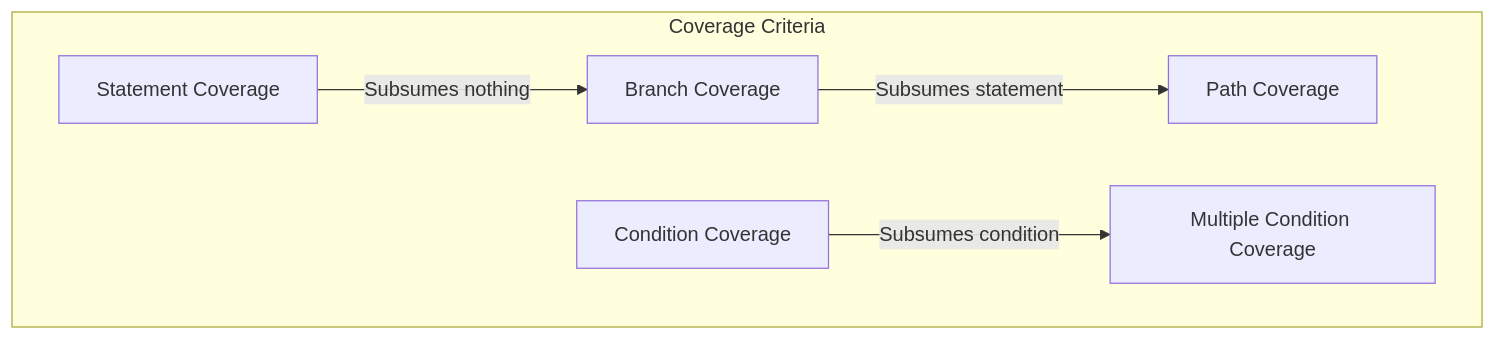
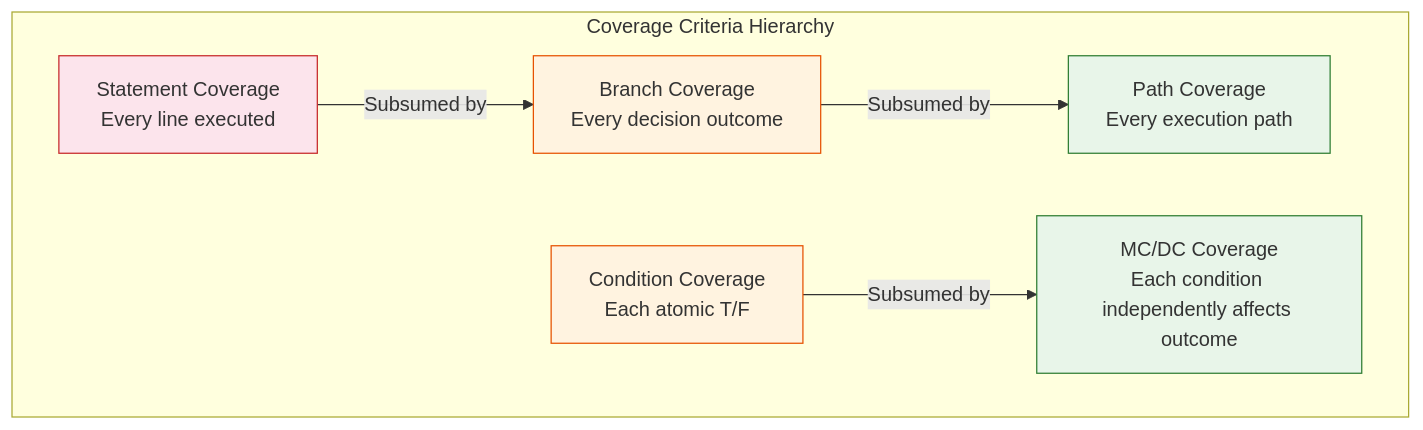
The fourth of 7 diagrams in docs/courses/software-engineering/06-testing.md (Raushan666java/ai-engineering-journey), drawn with Mermaid before and after one commit. The commit also changed other lines of this file and 15 other files, not shown here.

Commit message:
deploy: software-engineering overhaul - 16 chapters expanded to avg 1284L (+7649L), richer Mermaid, more TS, deeper content

````diff
--- a/docs/courses/software-engineering/06-testing.md
+++ b/docs/courses/software-engineering/06-testing.md
@@ -89,8 +117,12 @@
 ```mermaid
 graph TD
-    subgraph "Coverage Criteria"
-        SC[Statement Coverage] -->|Subsumes nothing| BC[Branch Coverage]
-        BC -->|Subsumes statement| PC[Path Coverage]
-        CC[Condition Coverage] -->|Subsumes condition| MCC[Multiple Condition Coverage]
+    classDef weak fill:#fce4ec,stroke:#c62828
+    classDef mod fill:#fff3e0,stroke:#e65100
+    classDef strong fill:#e8f5e9,stroke:#2e7d32
+
+    subgraph "Coverage Criteria Hierarchy"
+        SC[Statement Coverage<br>Every line executed]:::weak -->|Subsumed by| BC[Branch Coverage<br>Every decision outcome]:::mod
+        BC -->|Subsumed by| PC[Path Coverage<br>Every execution path]:::strong
+        CC[Condition Coverage<br>Each atomic T/F]:::mod -->|Subsumed by| MCC[MC/DC Coverage<br>Each condition independently affects outcome]:::strong
     end
 ```
````
